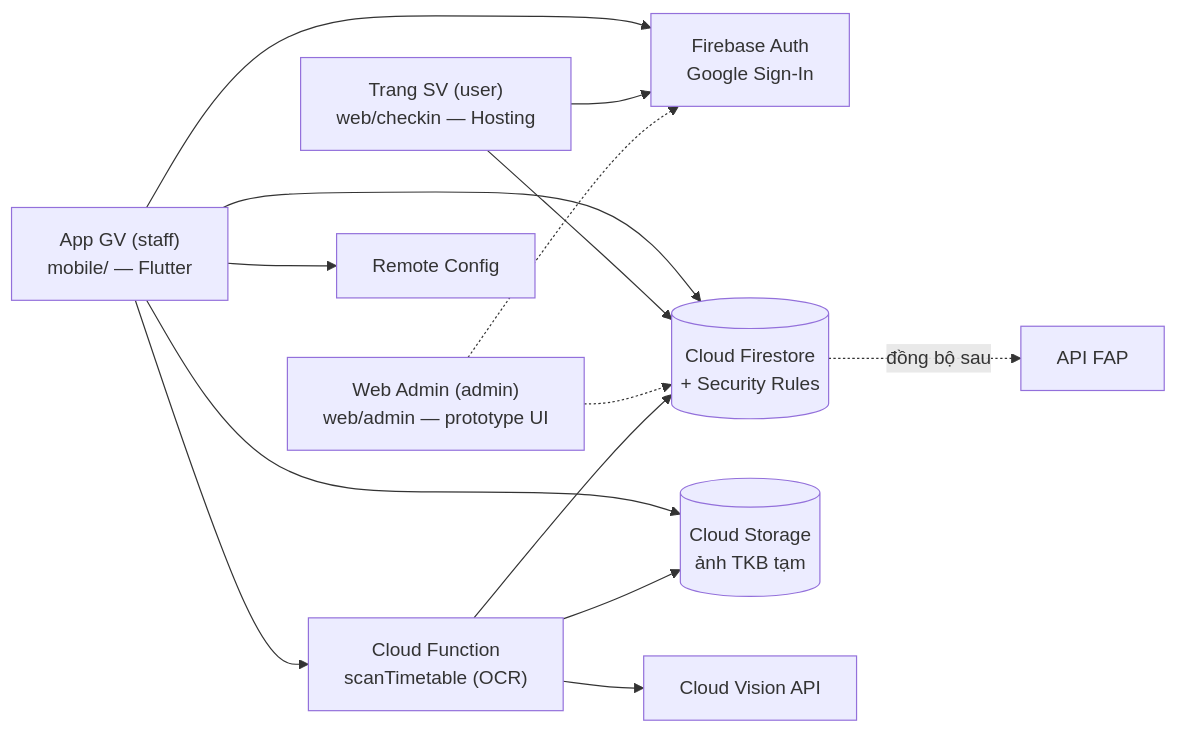
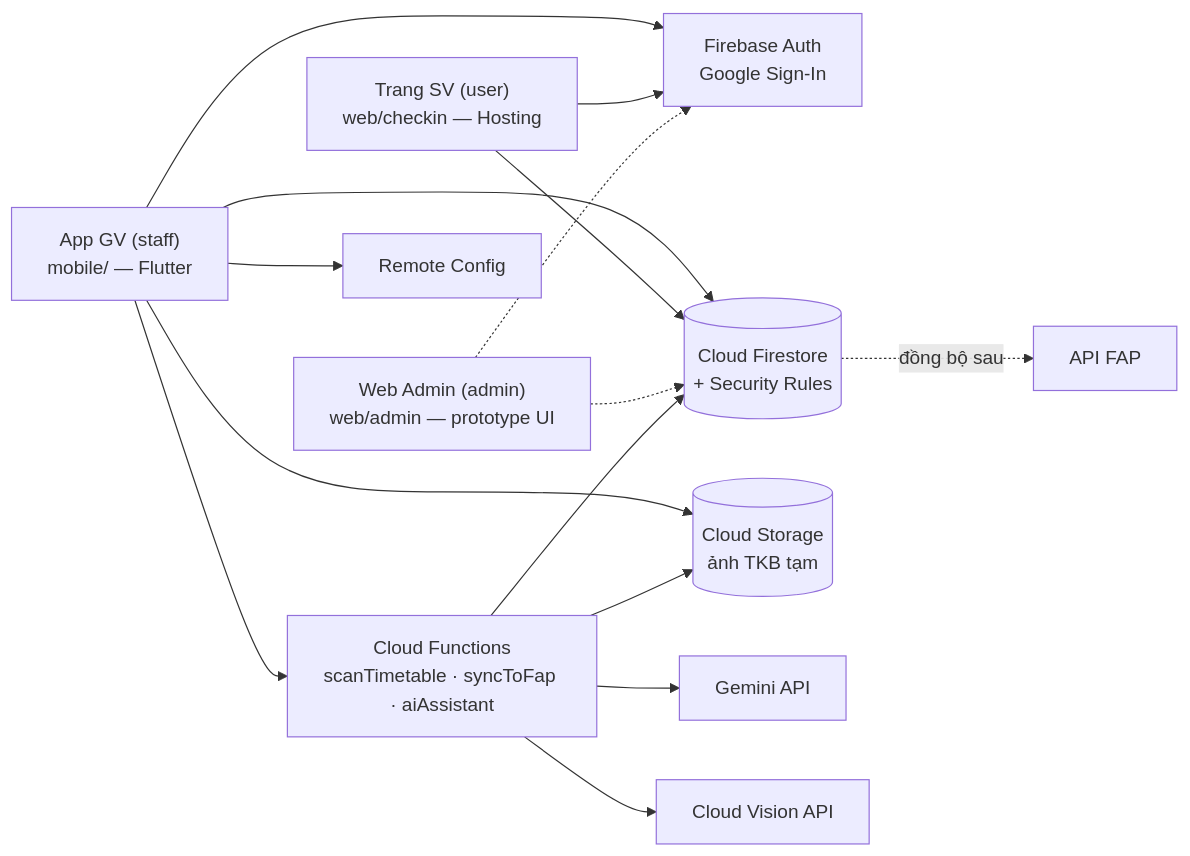
The diagram in docs/01-kien-truc-tong-the.md (ducminh852005/fapcheckin), drawn with Mermaid before and after one commit. The commit also changed other lines of this file and 10 other files, not shown here.

````diff
--- a/docs/01-kien-truc-tong-the.md
+++ b/docs/01-kien-truc-tong-the.md
@@ -7,16 +7,17 @@
 ```mermaid
 flowchart LR
     GV["App GV (staff)<br/>mobile/ — Flutter"] --> AUTH[Firebase Auth<br/>Google Sign-In]
     SV["Trang SV (user)<br/>web/checkin — Hosting"] --> AUTH
     ADM["Web Admin (admin)<br/>web/admin — prototype UI"] -.-> AUTH
     GV --> FS[("Cloud Firestore<br/>+ Security Rules")]
     SV --> FS
     ADM -.-> FS
     GV --> ST[(Cloud Storage<br/>ảnh TKB tạm)]
-    GV --> FN["Cloud Function<br/>scanTimetable (OCR)"]
+    GV --> FN["Cloud Functions<br/>scanTimetable · syncToFap · aiAssistant"]
+    FN --> GEM[Gemini API]
     FN --> ST
     FN --> VIS[Cloud Vision API]
     FN --> FS
     GV --> RC[Remote Config]
     FS -.đồng bộ sau.-> FAP[API FAP]
 ```
````
